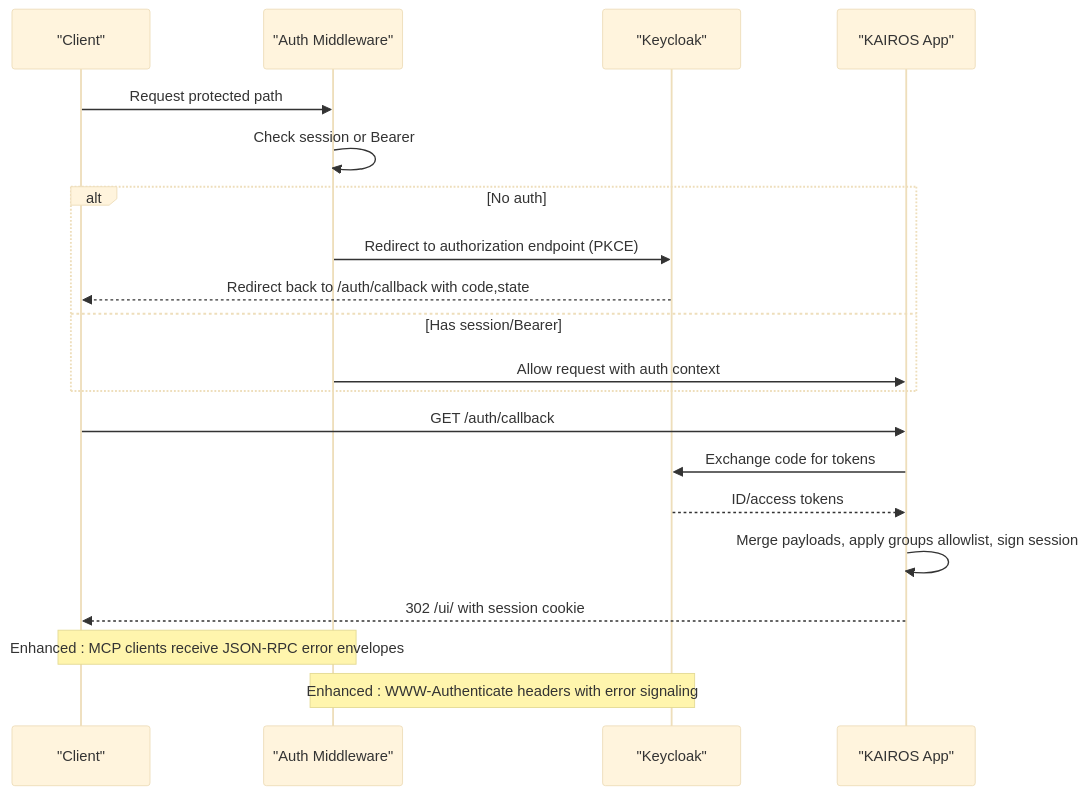
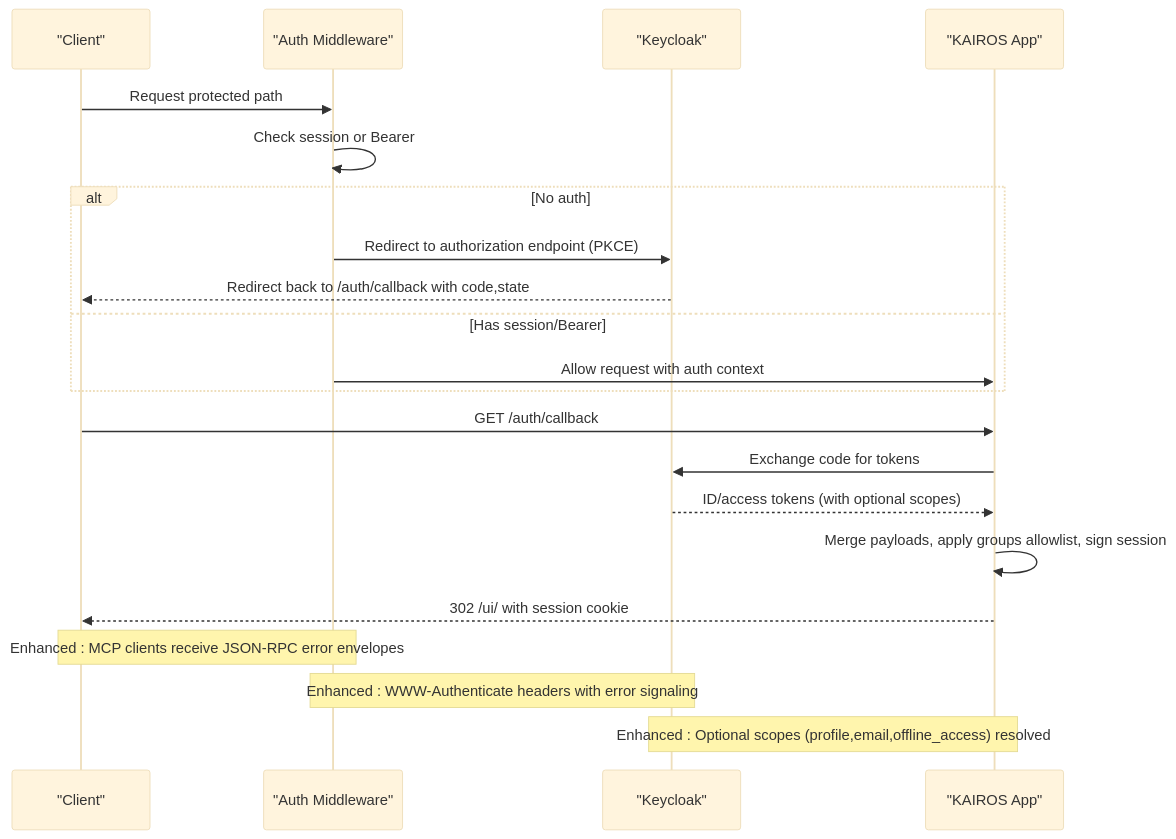
The second of 15 diagrams in .qoder/repowiki/en/content/Core Services/Authentication & Authorization/Authentication & Authorization.md (debian777/kairos-mcp), drawn with Mermaid (base theme) before and after one commit. The commit also changed other lines of this file and 16 other files, not shown here.

````diff
--- a/.qoder/repowiki/en/content/Core Services/Authentication & Authorization/Authentication & Authorization.md
+++ b/.qoder/repowiki/en/content/Core Services/Authentication & Authorization/Authentication & Authorization.md
@@ -183,22 +198,23 @@
 ```mermaid
 sequenceDiagram
 participant Client as "Client"
 participant MW as "Auth Middleware"
 participant OIDC as "Keycloak"
 participant APP as "KAIROS App"
 Client->>MW : Request protected path
 MW->>MW : Check session or Bearer
 alt No auth
 MW->>OIDC : Redirect to authorization endpoint (PKCE)
 OIDC-->>Client : Redirect back to /auth/callback with code,state
 else Has session/Bearer
 MW->>APP : Allow request with auth context
 end
 Client->>APP : GET /auth/callback
 APP->>OIDC : Exchange code for tokens
-OIDC-->>APP : ID/access tokens
+OIDC-->>APP : ID/access tokens (with optional scopes)
 APP->>APP : Merge payloads, apply groups allowlist, sign session
 APP-->>Client : 302 /ui/ with session cookie
 Note over Client,MW : Enhanced : MCP clients receive JSON-RPC error envelopes
 Note over MW,OIDC : Enhanced : WWW-Authenticate headers with error signaling
+Note over OIDC,APP : Enhanced : Optional scopes (profile,email,offline_access) resolved
 ```
````
